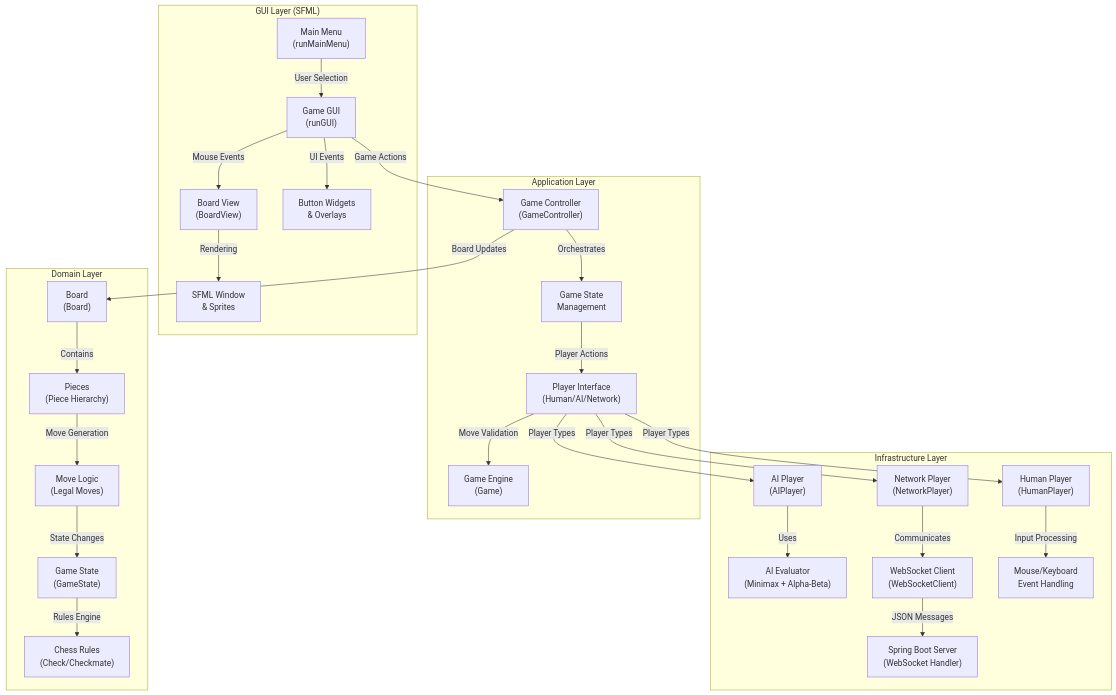
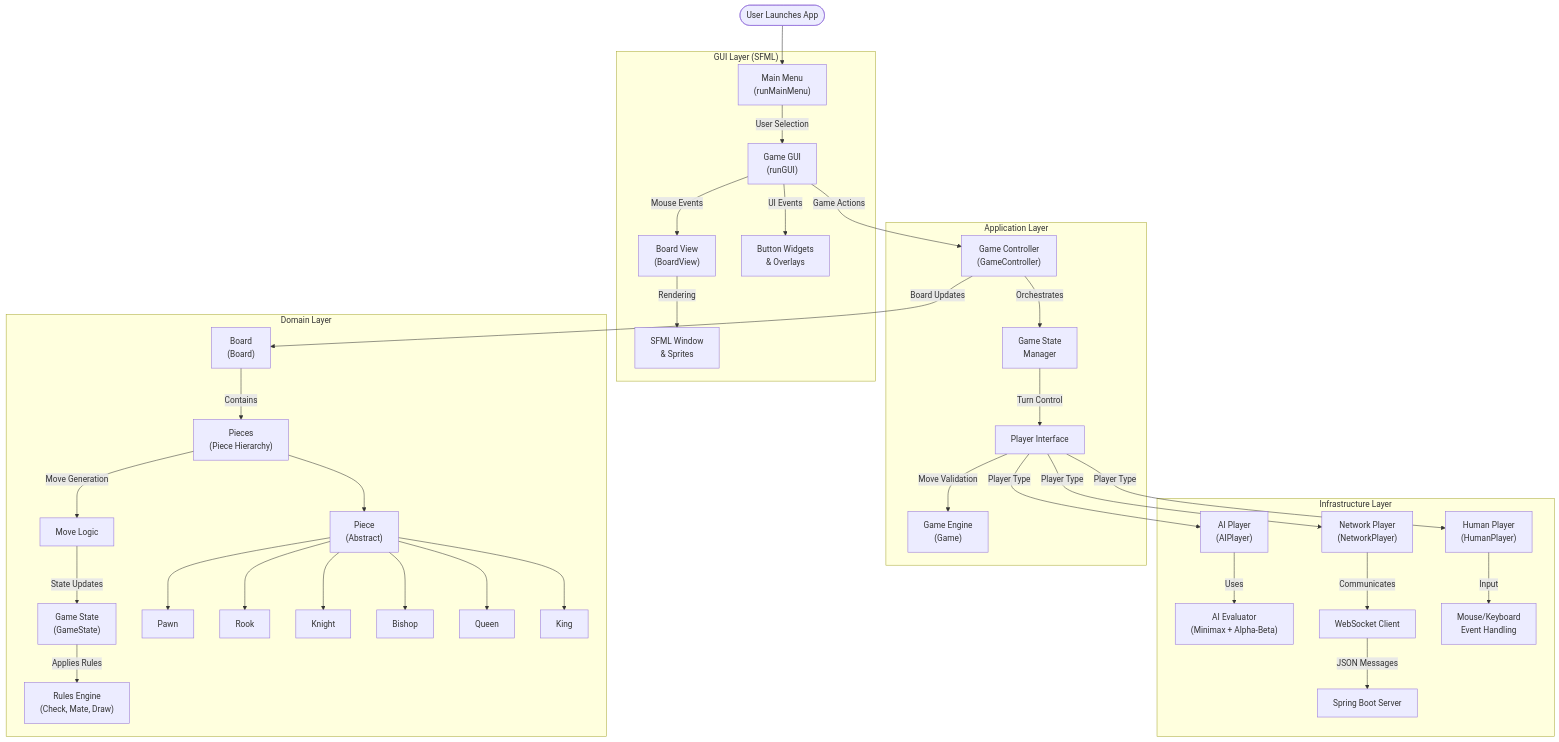
Before and after one commit to sarihammad/chessmate: the diagram in README.md, drawn with Mermaid. The commit also changed other lines of this file, not shown here.

````diff
--- a/README.md
+++ b/README.md
@@ -19,35 +19,52 @@
 ```mermaid
 graph TD
+    %% Entry point
+    Start(["User Launches App"]) --> A1
+
+    %% GUI Layer
     subgraph "GUI Layer (SFML)"
         A1["Main Menu<br>(runMainMenu)"] -->|"User Selection"| A2["Game GUI<br>(runGUI)"]
         A2 -->|"Mouse Events"| A3["Board View<br>(BoardView)"]
         A3 -->|"Rendering"| A4["SFML Window<br>& Sprites"]
         A2 -->|"UI Events"| A5["Button Widgets<br>& Overlays"]
     end
 
+    %% Application Layer
     subgraph "Application Layer"
-        B1["Game Controller<br>(GameController)"] -->|"Orchestrates"| B2["Game State<br>Management"]
-        B2 -->|"Player Actions"| B3["Player Interface<br>(Human/AI/Network)"]
+        B1["Game Controller<br>(GameController)"] -->|"Orchestrates"| B2["Game State<br>Manager"]
+        B2 -->|"Turn Control"| B3["Player Interface"]
         B3 -->|"Move Validation"| B4["Game Engine<br>(Game)"]
     end
 
+    %% Domain Layer
     subgraph "Domain Layer"
         C1["Board<br>(Board)"] -->|"Contains"| C2["Pieces<br>(Piece Hierarchy)"]
-        C2 -->|"Move Generation"| C3["Move Logic<br>(Legal Moves)"]
-        C3 -->|"State Changes"| C4["Game State<br>(GameState)"]
-        C4 -->|"Rules Engine"| C5["Chess Rules<br>(Check/Checkmate)"]
+        C2 -->|"Move Generation"| C3["Move Logic"]
+        C3 -->|"State Updates"| C4["Game State<br>(GameState)"]
+        C4 -->|"Applies Rules"| C5["Rules Engine<br>(Check, Mate, Draw)"]
+
+        %% Piece Hierarchy
+        C2 --> P1["Piece<br>(Abstract)"]
+        P1 --> P2["Pawn"]
+        P1 --> P3["Rook"]
+        P1 --> P4["Knight"]
+        P1 --> P5["Bishop"]
+        P1 --> P6["Queen"]
+        P1 --> P7["King"]
     end
 
+    %% Infrastructure Layer
     subgraph "Infrastructure Layer"
         D1["AI Player<br>(AIPlayer)"] -->|"Uses"| D2["AI Evaluator<br>(Minimax + Alpha-Beta)"]
-        D3["Network Player<br>(NetworkPlayer)"] -->|"Communicates"| D4["WebSocket Client<br>(WebSocketClient)"]
-        D4 -->|"JSON Messages"| D5["Spring Boot Server<br>(WebSocket Handler)"]
-        D6["Human Player<br>(HumanPlayer)"] -->|"Input Processing"| D7["Mouse/Keyboard<br>Event Handling"]
+        D3["Network Player<br>(NetworkPlayer)"] -->|"Communicates"| D4["WebSocket Client"]
+        D4 -->|"JSON Messages"| D5["Spring Boot Server"]
+        D6["Human Player<br>(HumanPlayer)"] -->|"Input"| D7["Mouse/Keyboard<br>Event Handling"]
     end
 
+    %% Cross-layer connections
     A2 -->|"Game Actions"| B1
     B1 -->|"Board Updates"| C1
-    B3 -->|"Player Types"| D1
-    B3 -->|"Player Types"| D3
-    B3 -->|"Player Types"| D6
+    B3 -->|"Player Type"| D1
+    B3 -->|"Player Type"| D3
+    B3 -->|"Player Type"| D6
 ```
````
